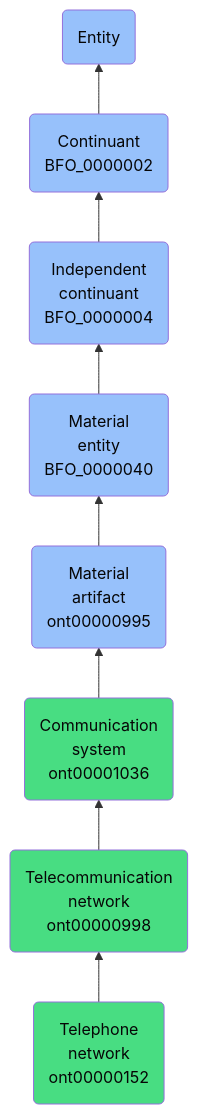
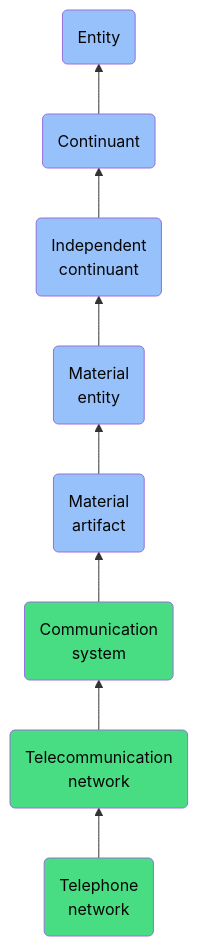
One commit to jupyter-naas/abi changed the diagram in docs/ontology/reference/model/Entity/Continuant/Independent continuant/Material entity/Material artifact/Communication system/Telecommunication network/Telephone network/Telephone network.md. Above: the diagram before and after it, drawn with Mermaid. The commit also changed other lines of this file and 1430 other files, not shown here.

````diff
--- a/docs/ontology/reference/model/Entity/Continuant/Independent continuant/Material entity/Material artifact/Communication system/Telecommunication network/Telephone network/Telephone network.md
+++ b/docs/ontology/reference/model/Entity/Continuant/Independent continuant/Material entity/Material artifact/Communication system/Telecommunication network/Telephone network/Telephone network.md
@@ -24,15 +24,15 @@
 ```mermaid
 graph BT
-    ont00000152(Telephone<br>network<br>ont00000152):::ABI-->ont00000998
-    ont00000998(Telecommunication<br>network<br>ont00000998):::ABI-->ont00001036
-    ont00001036(Communication<br>system<br>ont00001036):::ABI-->ont00000995
-    ont00000995(Material<br>artifact<br>ont00000995):::BFO-->BFO_0000040
-    BFO_0000040(Material<br>entity<br>BFO_0000040):::BFO-->BFO_0000004
-    BFO_0000004(Independent<br>continuant<br>BFO_0000004):::BFO-->BFO_0000002
-    BFO_0000002(Continuant<br>BFO_0000002):::BFO-->BFO_0000001
+    ont00000152(Telephone<br>network):::ABI-->ont00000998
+    ont00000998(Telecommunication<br>network):::ABI-->ont00001036
+    ont00001036(Communication<br>system):::ABI-->ont00000995
+    ont00000995(Material<br>artifact):::BFO-->BFO_0000040
+    BFO_0000040(Material<br>entity):::BFO-->BFO_0000004
+    BFO_0000004(Independent<br>continuant):::BFO-->BFO_0000002
+    BFO_0000002(Continuant):::BFO-->BFO_0000001
     BFO_0000001(Entity):::BFO
     
     classDef BFO fill:#97c1fb,color:#060606
     classDef CCO fill:#e4c51e,color:#060606
     classDef ABI fill:#48DD82,color:#060606
 ```
````
